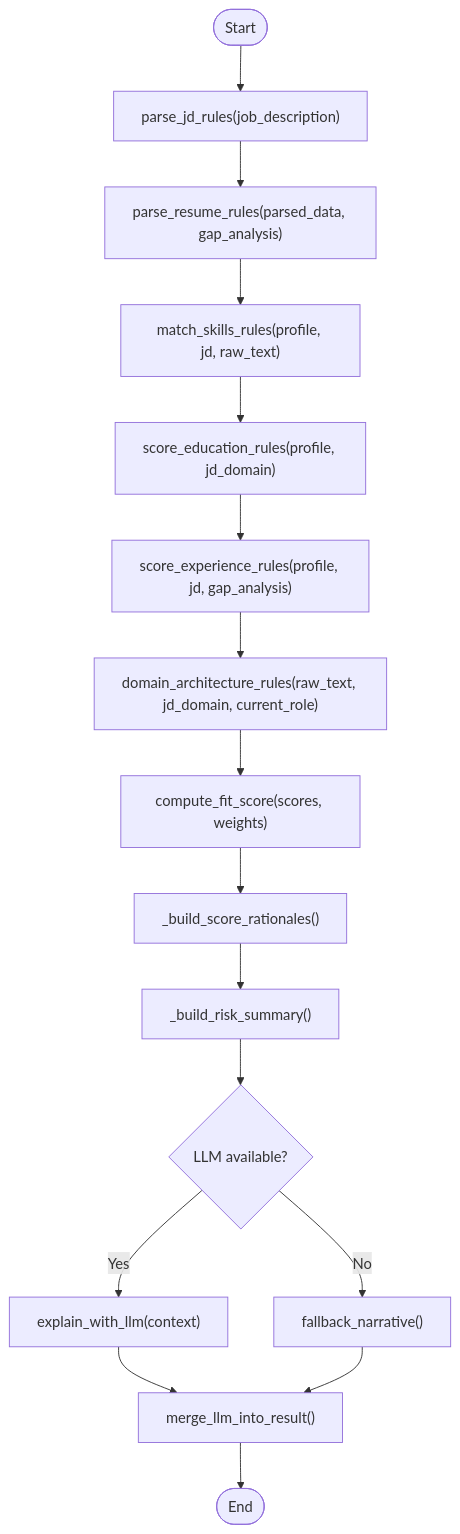
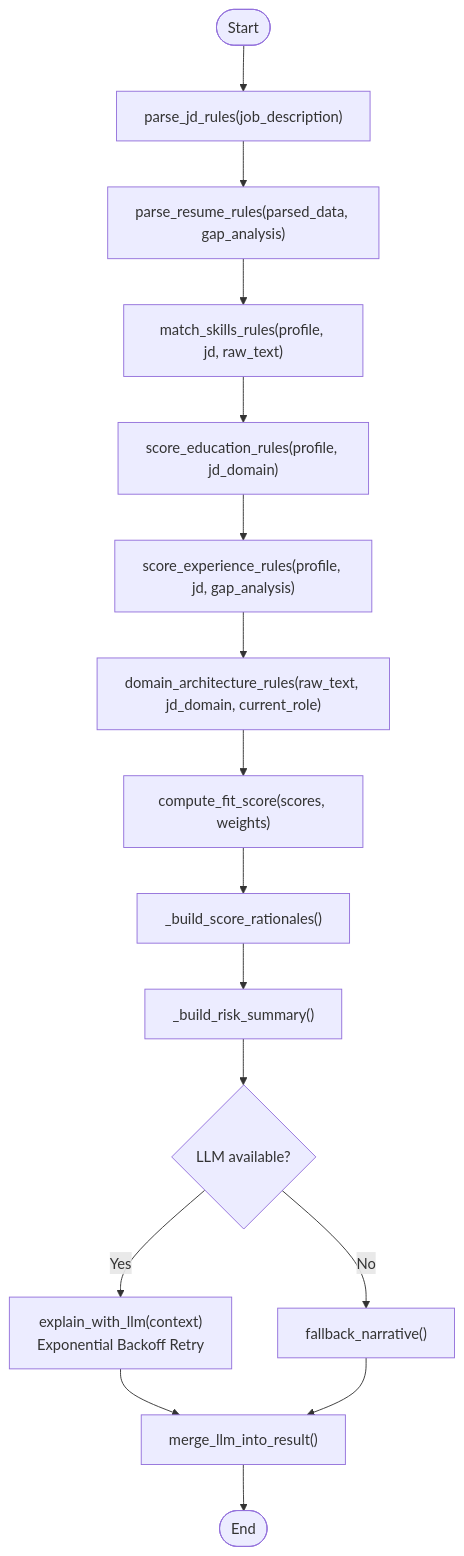
The third of 20 diagrams in .qoder/repowiki/en/content/Analysis Engine/Analysis Engine.md (Revanththetalogics/aireume), drawn with Mermaid before and after one commit. The commit also changed other lines of this file and 61 other files, not shown here.

````diff
--- a/.qoder/repowiki/en/content/Analysis Engine/Analysis Engine.md
+++ b/.qoder/repowiki/en/content/Analysis Engine/Analysis Engine.md
@@ -188,18 +202,18 @@
 ```mermaid
 flowchart TD
 Start(["Start"]) --> ParseJD["parse_jd_rules(job_description)"]
 ParseJD --> ParseResume["parse_resume_rules(parsed_data, gap_analysis)"]
 ParseResume --> MatchSkills["match_skills_rules(profile, jd, raw_text)"]
 MatchSkills --> EduScore["score_education_rules(profile, jd_domain)"]
 EduScore --> ExpTimeline["score_experience_rules(profile, jd, gap_analysis)"]
 ExpTimeline --> DomainArch["domain_architecture_rules(raw_text, jd_domain, current_role)"]
 DomainArch --> ComputeFit["compute_fit_score(scores, weights)"]
 ComputeFit --> Rationales["_build_score_rationales()"]
 Rationales --> RiskSummary["_build_risk_summary()"]
 RiskSummary --> LLMCall{"LLM available?"}
-LLMCall --> |Yes| LLMNarrative["explain_with_llm(context)"]
+LLMCall --> |Yes| LLMNarrative["explain_with_llm(context)<br/>Exponential Backoff Retry"]
 LLMCall --> |No| Fallback["fallback_narrative()"]
 LLMNarrative --> Merge["merge_llm_into_result()"]
 Fallback --> Merge
 Merge --> End(["End"])
 ```
````
